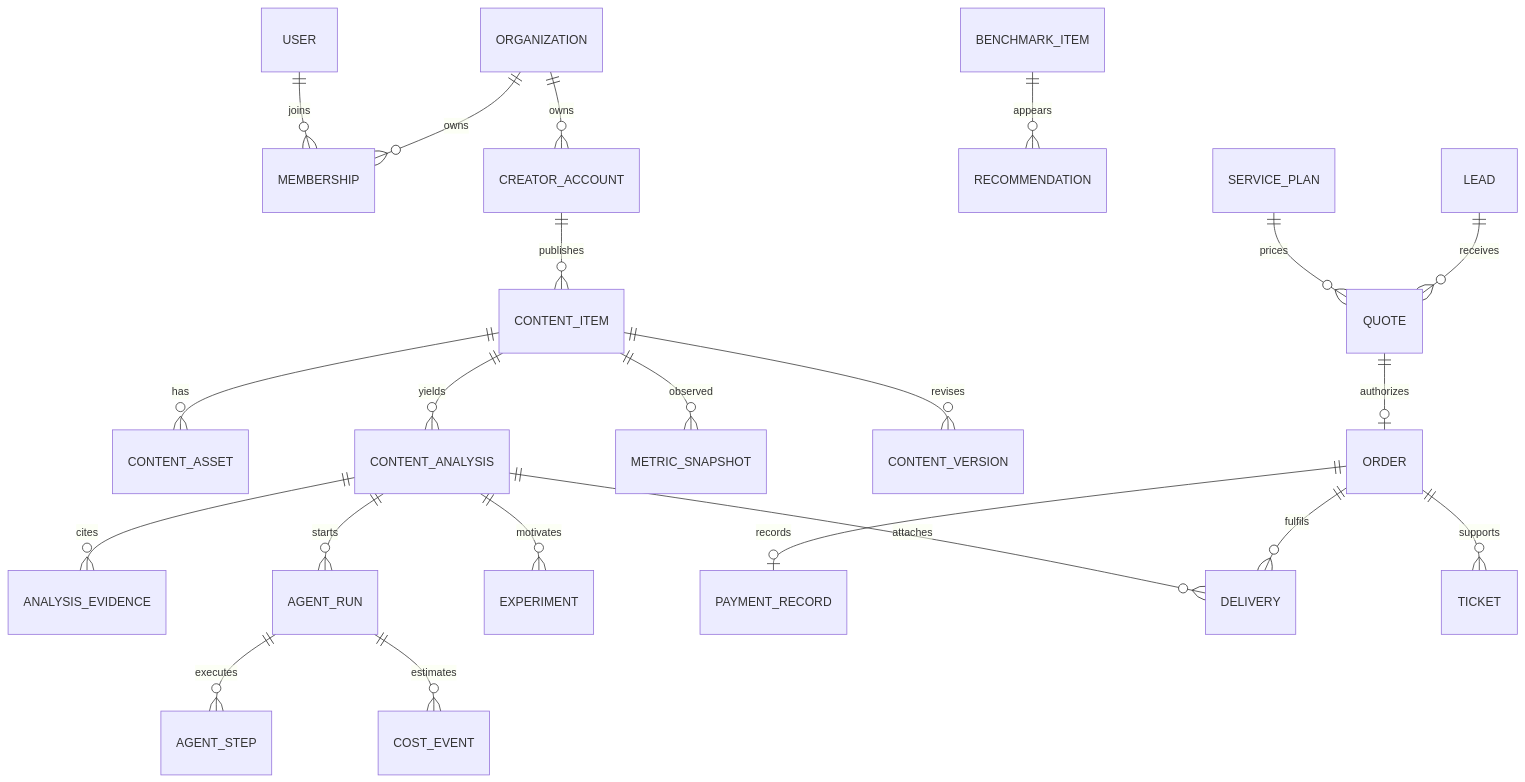
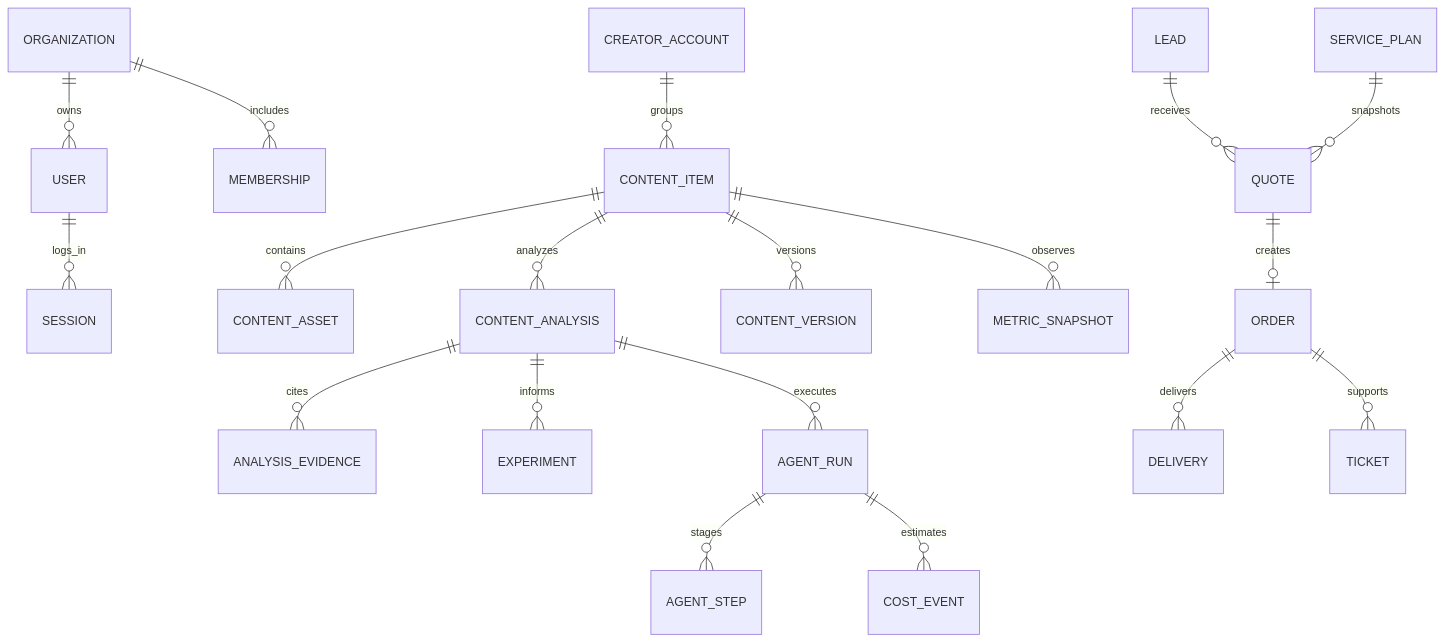
The second of 3 diagrams in docs/ARCHITECTURE.md (sunpeng10/CreatorOS-v1), drawn with Mermaid before and after one commit. The commit also changed other lines of this file and 24 other files, not shown here.

````diff
--- a/docs/ARCHITECTURE.md
+++ b/docs/ARCHITECTURE.md
@@ -18,24 +27,21 @@
 ```mermaid
 erDiagram
-  ORGANIZATION ||--o{ MEMBERSHIP : owns
-  USER ||--o{ MEMBERSHIP : joins
-  ORGANIZATION ||--o{ CREATOR_ACCOUNT : owns
-  CREATOR_ACCOUNT ||--o{ CONTENT_ITEM : publishes
-  CONTENT_ITEM ||--o{ CONTENT_ASSET : has
-  CONTENT_ITEM ||--o{ CONTENT_ANALYSIS : yields
-  CONTENT_ITEM ||--o{ METRIC_SNAPSHOT : observed
-  CONTENT_ITEM ||--o{ CONTENT_VERSION : revises
+  ORGANIZATION ||--o{ USER : owns
+  ORGANIZATION ||--o{ MEMBERSHIP : includes
+  USER ||--o{ SESSION : logs_in
+  CREATOR_ACCOUNT ||--o{ CONTENT_ITEM : groups
+  CONTENT_ITEM ||--o{ CONTENT_ASSET : contains
+  CONTENT_ITEM ||--o{ CONTENT_ANALYSIS : analyzes
   CONTENT_ANALYSIS ||--o{ ANALYSIS_EVIDENCE : cites
-  CONTENT_ANALYSIS ||--o{ AGENT_RUN : starts
-  AGENT_RUN ||--o{ AGENT_STEP : executes
+  CONTENT_ITEM ||--o{ CONTENT_VERSION : versions
+  CONTENT_ITEM ||--o{ METRIC_SNAPSHOT : observes
+  CONTENT_ANALYSIS ||--o{ EXPERIMENT : informs
+  CONTENT_ANALYSIS ||--o{ AGENT_RUN : executes
+  AGENT_RUN ||--o{ AGENT_STEP : stages
   AGENT_RUN ||--o{ COST_EVENT : estimates
-  BENCHMARK_ITEM ||--o{ RECOMMENDATION : appears
-  CONTENT_ANALYSIS ||--o{ EXPERIMENT : motivates
   LEAD ||--o{ QUOTE : receives
-  SERVICE_PLAN ||--o{ QUOTE : prices
-  QUOTE ||--o| ORDER : authorizes
-  ORDER ||--o| PAYMENT_RECORD : records
-  ORDER ||--o{ DELIVERY : fulfils
-  CONTENT_ANALYSIS ||--o{ DELIVERY : attaches
+  SERVICE_PLAN ||--o{ QUOTE : snapshots
+  QUOTE ||--o| ORDER : creates
+  ORDER ||--o{ DELIVERY : delivers
   ORDER ||--o{ TICKET : supports
 ```
````
